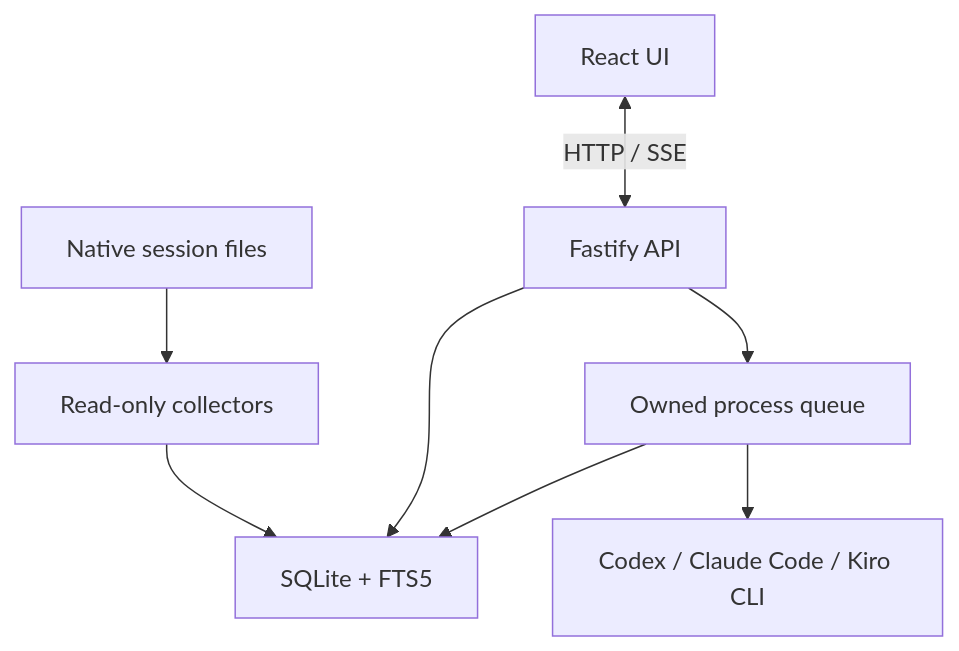
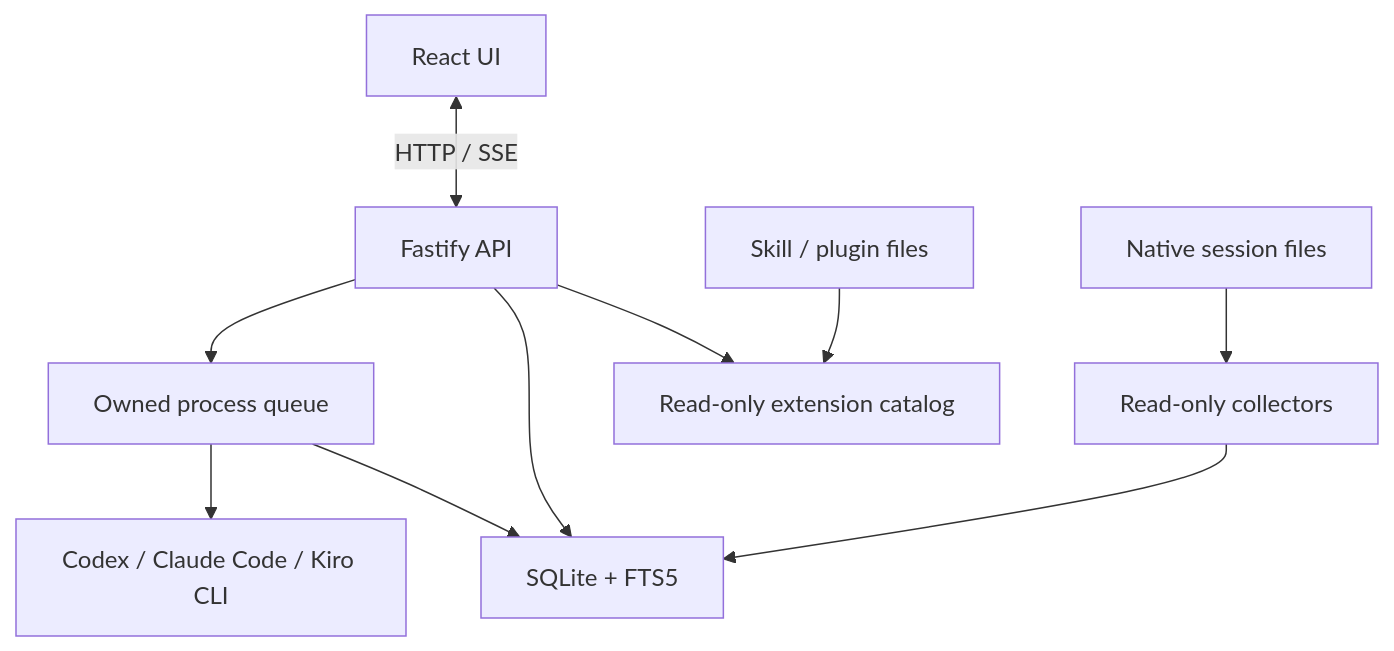
Before and after one commit to whchoi98/agent-ops: the diagram in docs/architecture.md, drawn with Mermaid. The commit also changed other lines of this file and 64 other files, not shown here.

````diff
--- a/docs/architecture.md
+++ b/docs/architecture.md
@@ -5,10 +5,12 @@
 ```mermaid
 flowchart TB
     UI["React UI"] <-->|HTTP / SSE| API["Fastify API"]
     Sources["Native session files"] --> Import["Read-only collectors"]
     Import --> Store["SQLite + FTS5"]
     API --> Store
     API --> Queue["Owned process queue"]
     Queue --> CLI["Codex / Claude Code / Kiro CLI"]
     Queue --> Store
+    Extensions["Skill / plugin files"] --> Catalog["Read-only extension catalog"]
+    API --> Catalog
 ```
````
